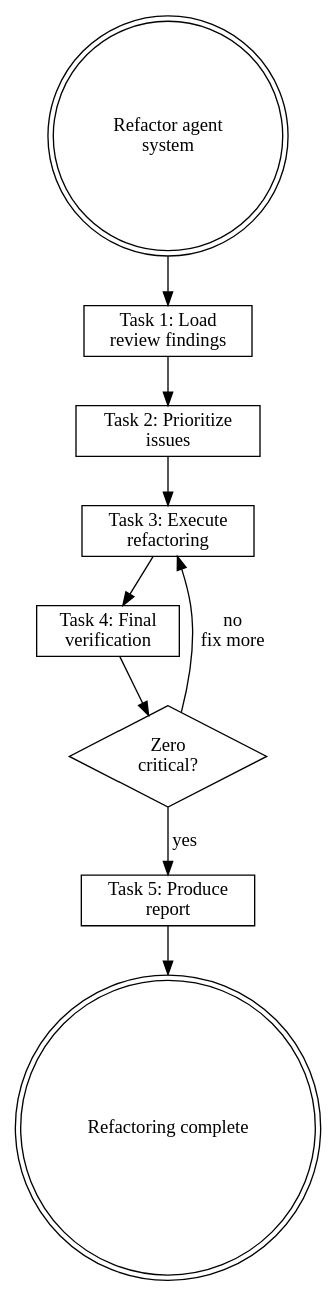
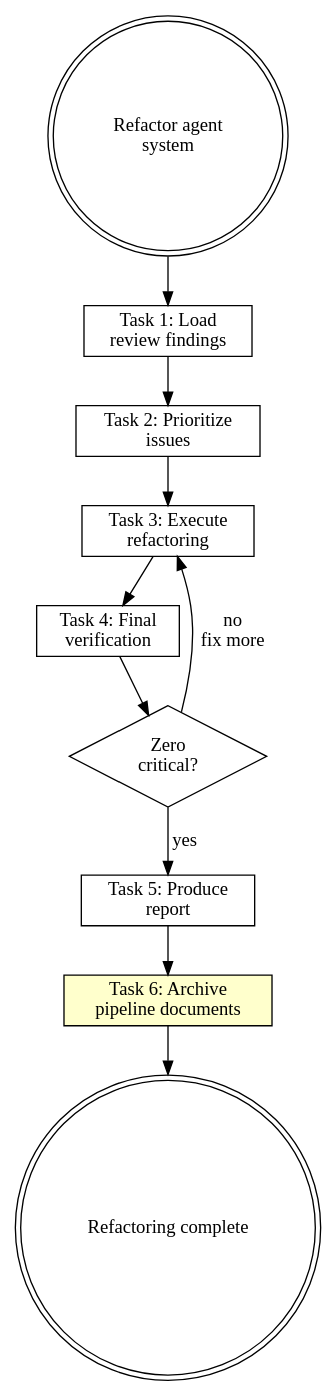
One commit to wayne930242/Reflexive-Claude-Code changed the diagram in plugins/rcc/skills/refactoring-agent-systems/SKILL.md. Above: the diagram before and after it, drawn with Graphviz. The commit also changed other lines of this file, not shown here.

First line of the commit message:
feat(refactoring): add Task 6 for pipeline document archiving

````diff
--- a/plugins/rcc/skills/refactoring-agent-systems/SKILL.md
+++ b/plugins/rcc/skills/refactoring-agent-systems/SKILL.md
@@ -180,23 +205,25 @@
 ```dot
 digraph refactor_agent {
     rankdir=TB;
 
     start [label="Refactor agent\nsystem", shape=doublecircle];
     analyze [label="Task 1: Load\nreview findings", shape=box];
     compare [label="Task 2: Prioritize\nissues", shape=box];
     refactor [label="Task 3: Execute\nrefactoring", shape=box];
     verify [label="Task 4: Final\nverification", shape=box];
     clean [label="Zero\ncritical?", shape=diamond];
     report [label="Task 5: Produce\nreport", shape=box];
+    archive [label="Task 6: Archive\npipeline documents", shape=box, style=filled, fillcolor="#ffffcc"];
     done [label="Refactoring complete", shape=doublecircle];
 
     start -> analyze;
     analyze -> compare;
     compare -> refactor;
     refactor -> verify;
     verify -> clean;
     clean -> report [label="yes"];
     clean -> refactor [label="no\nfix more"];
-    report -> done;
+    report -> archive;
+    archive -> done;
 }
 ```
````
